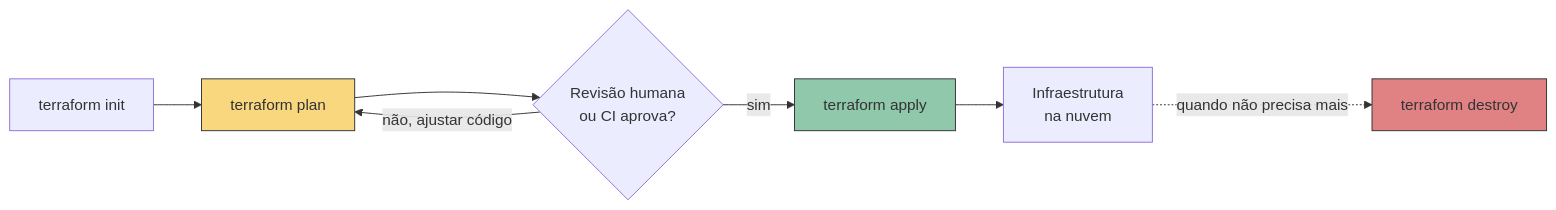
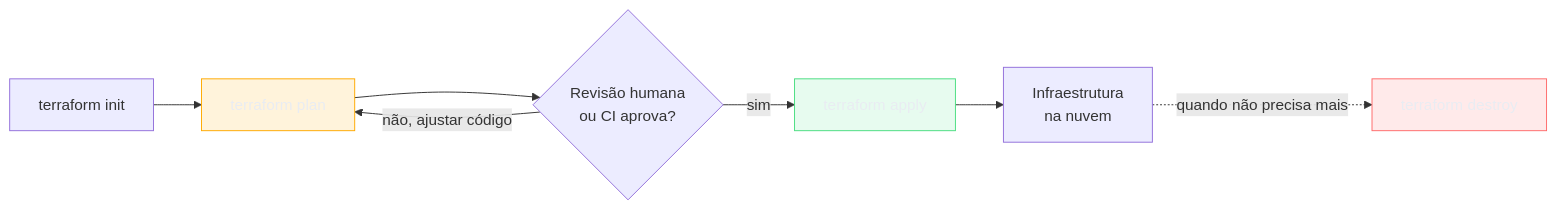
Before and after one commit to josenaldo/codex-technomanticus: the first of 2 diagrams in 03-Dominios/Tecnologia/Cloud/16 - Infrastructure as Code/02 - Terraform a fundo.md, drawn with Mermaid. The commit also changed other lines of this file and 1181 other files, not shown here.

First line of the commit message:
fix(diagramas): paleta do sistema no lugar de cor cravada no markdown

````diff
--- a/03-Dominios/Tecnologia/Cloud/16 - Infrastructure as Code/02 - Terraform a fundo.md
+++ b/03-Dominios/Tecnologia/Cloud/16 - Infrastructure as Code/02 - Terraform a fundo.md
@@ -112,13 +112,16 @@
 ```mermaid
 flowchart LR
+    classDef destaque fill:#FFAA0024,stroke:#FFAA00,color:#E9ECF2
+    classDef ok fill:#4ADE8021,stroke:#4ADE80,color:#E9ECF2
+    classDef falha fill:#FF6B6B24,stroke:#FF6B6B,color:#E9ECF2
     A["terraform init"] --> B["terraform plan"]
     B --> C{Revisão humana<br/>ou CI aprova?}
     C -->|sim| D["terraform apply"]
     C -->|não, ajustar código| B
     D --> E[Infraestrutura<br/>na nuvem]
     E -.->|quando não precisa mais| F["terraform destroy"]
 
-    style B fill:#f9d77e,stroke:#333
-    style D fill:#90c8ac,stroke:#333
-    style F fill:#e08283,stroke:#333
+    class B destaque
+    class D ok
+    class F falha
 ```
````
